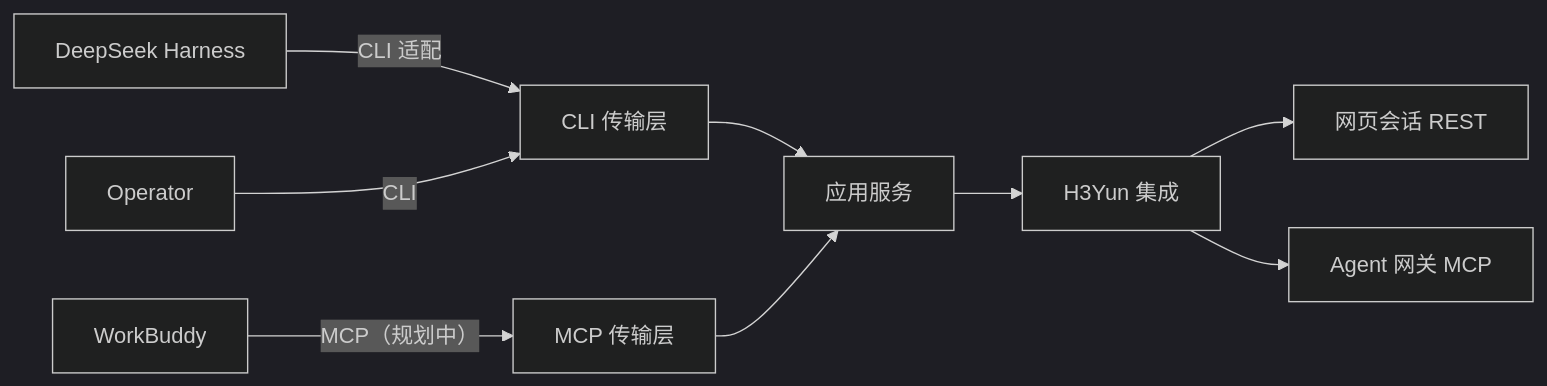
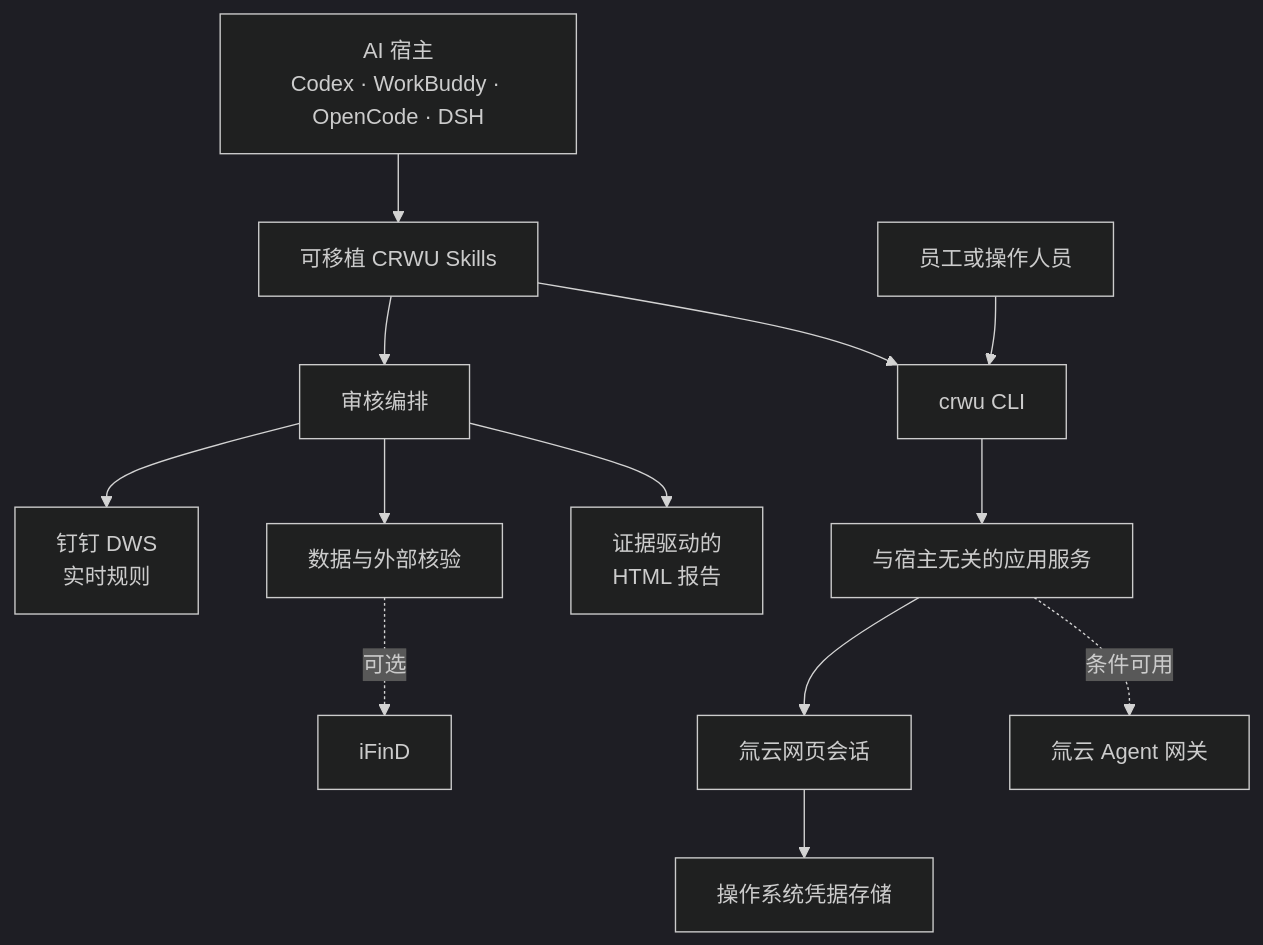
The second of 2 diagrams in README.zh-CN.md (mmungdong/crwu-ai), drawn with Mermaid (dark theme) before and after one commit. The commit also changed other lines of this file and 2 other files, not shown here.

````diff
--- a/README.zh-CN.md
+++ b/README.zh-CN.md
@@ -162,11 +231,20 @@
 ```mermaid
-flowchart LR
-    WorkBuddy -->|MCP（规划中）| MCP_TRANSPORT[MCP 传输层]
-    DeepSeek[DeepSeek Harness] -->|CLI 适配| CLI_TRANSPORT[CLI 传输层]
-    Operator -->|CLI| CLI_TRANSPORT
-    CLI_TRANSPORT --> APP[应用服务]
-    MCP_TRANSPORT --> APP
-    APP --> H3Yun[H3Yun 集成]
-    H3Yun --> S[网页会话 REST]
-    H3Yun --> A[Agent 网关 MCP]
+flowchart TB
+    HOSTS[AI 宿主<br/>Codex · WorkBuddy · OpenCode · DSH]
+    USER[员工或操作人员]
+
+    HOSTS --> SKILLS[可移植 CRWU Skills]
+    USER --> CLI[crwu CLI]
+    SKILLS --> AUDIT[审核编排]
+    SKILLS --> CLI
+
+    AUDIT --> DWS[钉钉 DWS<br/>实时规则]
+    AUDIT --> CHECKS[数据与外部核验]
+    CHECKS -. 可选 .-> IFIND[iFinD]
+    AUDIT --> REPORT[证据驱动的<br/>HTML 报告]
+
+    CLI --> APP[与宿主无关的应用服务]
+    APP --> H3WEB[氚云网页会话]
+    APP -. 条件可用 .-> H3AGENT[氚云 Agent 网关]
+    H3WEB --> CREDS[操作系统凭据存储]
 ```
````
